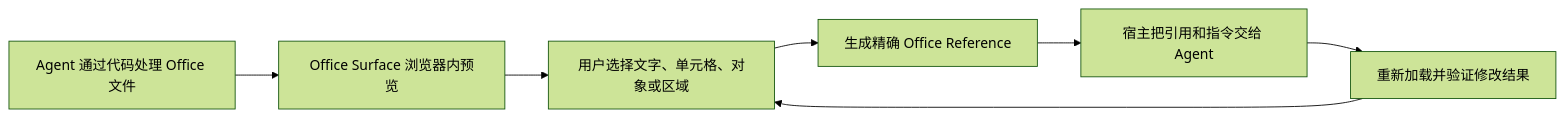
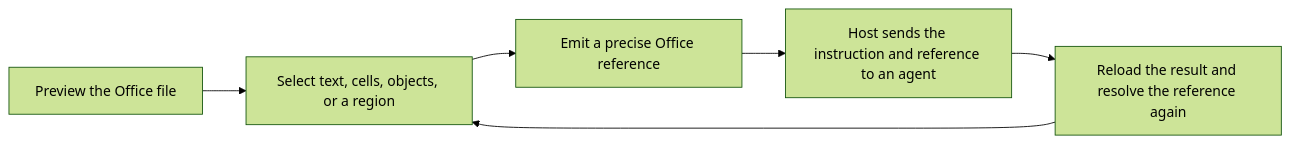
The diagram in README.md (arcships/agentic-office-ui), drawn with Mermaid (forest theme) before and after one commit. The commit also changed other lines of this file and 2 other files, not shown here.

````diff
--- a/README.md
+++ b/README.md
@@ -39,9 +41,8 @@
 ```mermaid
 flowchart LR
-  A["Agent 通过代码处理 Office 文件"] --> B["Office Surface 浏览器内预览"]
-  B --> C["用户选择文字、单元格、对象或区域"]
-  C --> D["生成精确 Office Reference"]
-  D --> E["宿主把引用和指令交给 Agent"]
-  E --> F["重新加载并验证修改结果"]
-  F --> C
+  A["Preview the Office file"] --> B["Select text, cells, objects, or a region"]
+  B --> C["Emit a precise Office reference"]
+  C --> D["Host sends the instruction and reference to an agent"]
+  D --> E["Reload the result and resolve the reference again"]
+  E --> B
 ```
````
